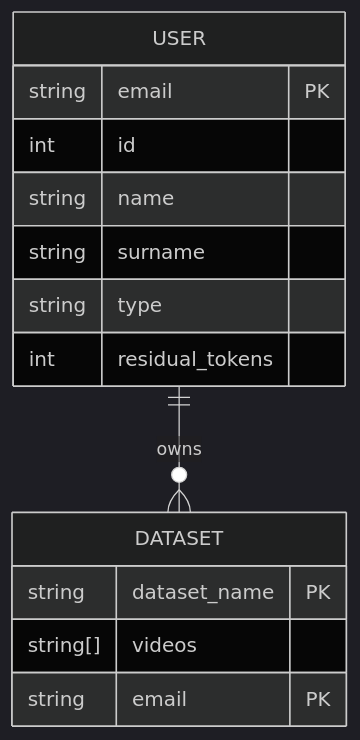
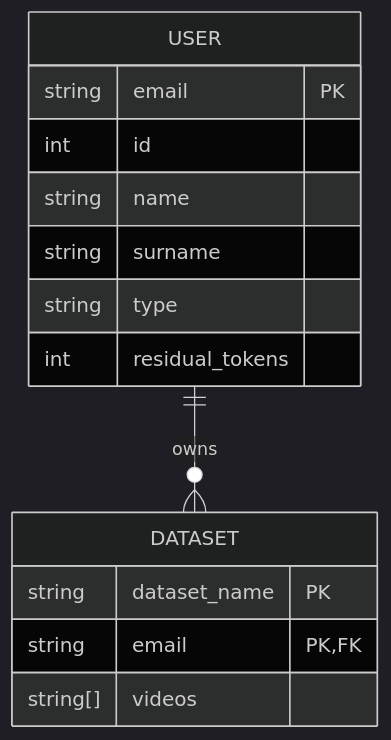
One commit to AgneseBruglia/PA2024 changed the fourth of 8 diagrams in README.md. Above: the diagram before and after it, drawn with Mermaid (dark theme).

````diff
--- a/README.md
+++ b/README.md
@@ -92,18 +92,18 @@
 ```mermaid
     erDiagram
     USER ||--o{ DATASET : owns
     USER {
         string email PK
         int id
         string name
         string surname
         string type
         int residual_tokens
     }
     DATASET {
         string dataset_name PK
+        string email PK, FK
         string[] videos
-        string email PK
     }
 
 ```
````
